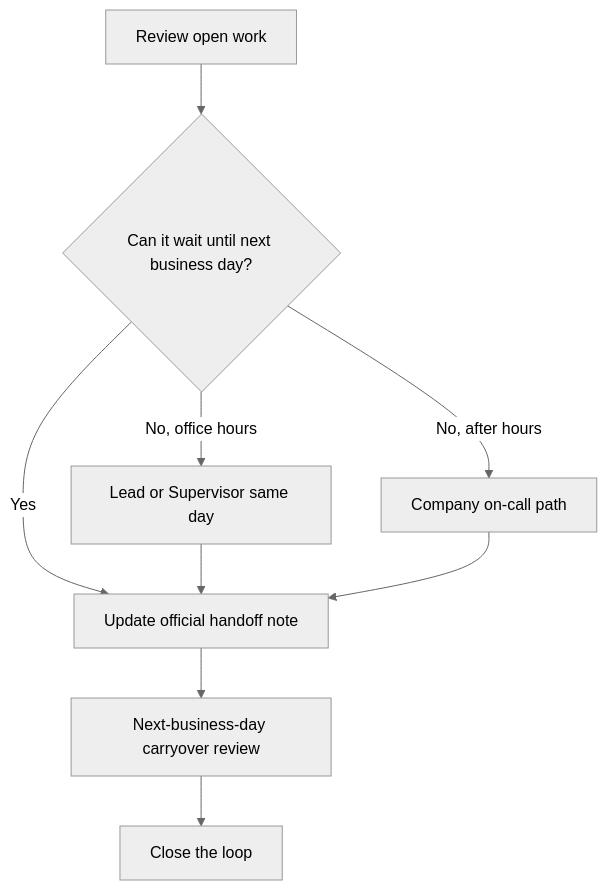
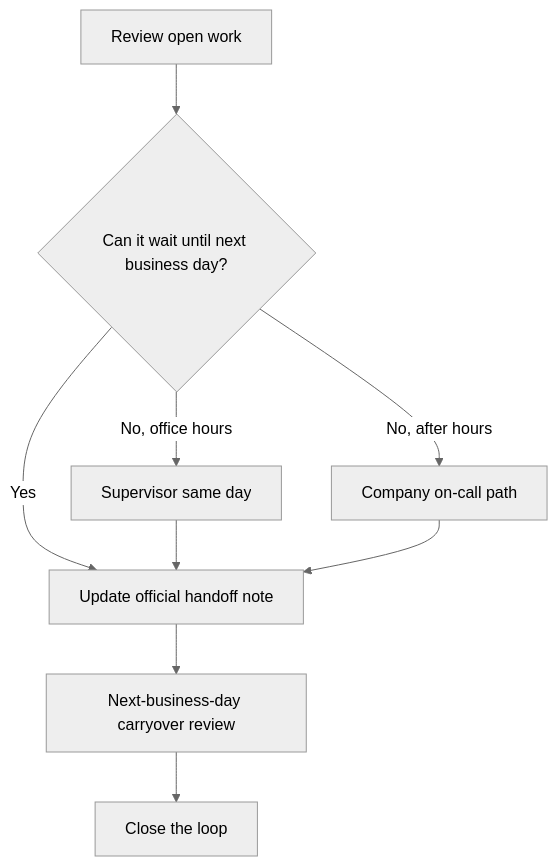
The diagram in docs/procedures/SOP-ROC-002-office-hours-handoff-and-on-call-continuity.md (r-gismondi/marine-technologies-roc), drawn with Mermaid (neutral theme) before and after one commit. The commit also changed other lines of this file and 15 other files, not shown here.

````diff
--- a/docs/procedures/SOP-ROC-002-office-hours-handoff-and-on-call-continuity.md
+++ b/docs/procedures/SOP-ROC-002-office-hours-handoff-and-on-call-continuity.md
@@ -56,11 +56,11 @@
 ```mermaid
 flowchart TD
   review[Review open work] --> wait{Can it wait until next business day?}
   wait -->|Yes| record[Update official handoff note]
-  wait -->|No, office hours| same[Lead or Supervisor same day]
+  wait -->|No, office hours| same[Supervisor same day]
   wait -->|No, after hours| oncall[Company on-call path]
   same --> record
   oncall --> record
   record --> next[Next-business-day carryover review]
   next --> close[Close the loop]
 ```
````
